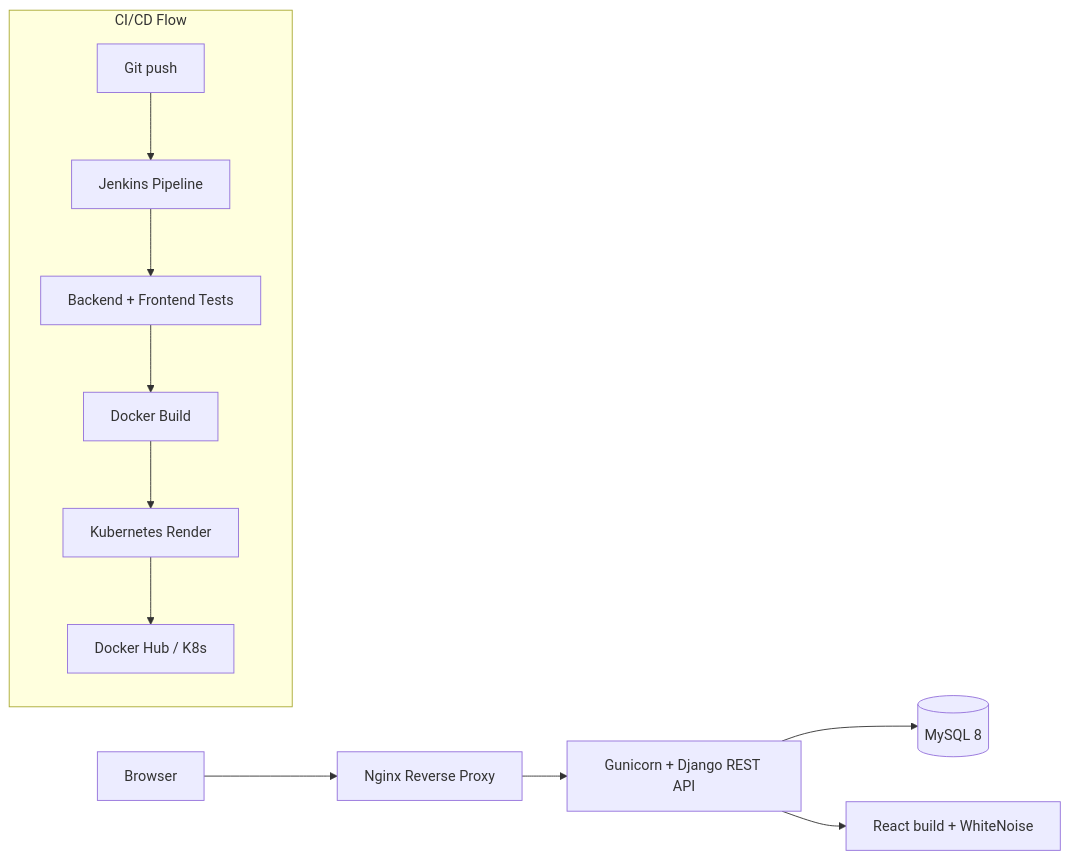
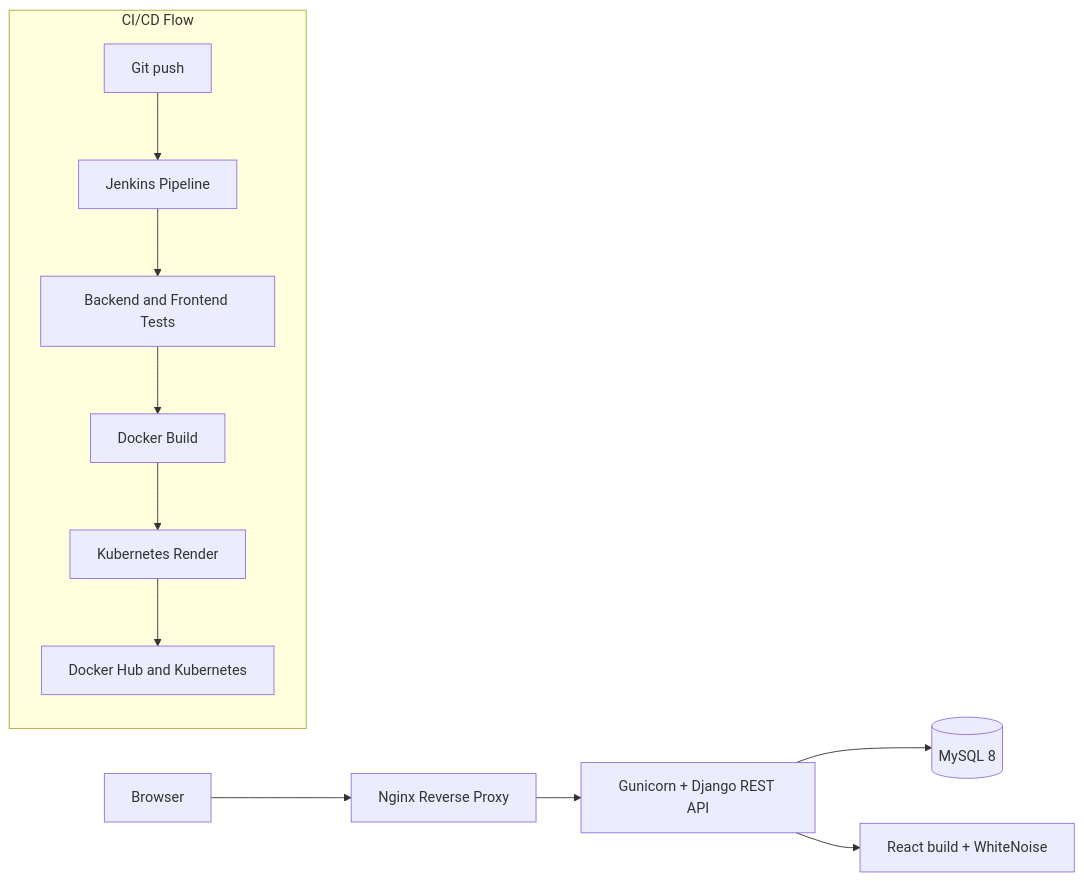
One commit to sudarshanvashisht/django-notes-app-k8s changed the first of 3 diagrams in README.md. Above: the diagram before and after it, drawn with Mermaid. The commit also changed other lines of this file, not shown here.

````diff
--- a/README.md
+++ b/README.md
@@ -26,15 +21,15 @@
 ```mermaid
 flowchart LR
     Browser[Browser] --> Nginx[Nginx Reverse Proxy]
     Nginx --> Django[Gunicorn + Django REST API]
     Django --> MySQL[(MySQL 8)]
     Django --> Static[React build + WhiteNoise]
 
     subgraph CI_CD[CI/CD Flow]
         Git[Git push] --> Jenkins[Jenkins Pipeline]
-        Jenkins --> Tests[Backend + Frontend Tests]
+        Jenkins --> Tests[Backend and Frontend Tests]
         Tests --> Image[Docker Build]
         Image --> Render[Kubernetes Render]
-        Render --> Deploy[Docker Hub / K8s]
+        Render --> Deploy[Docker Hub and Kubernetes]
     end
 ```
````
